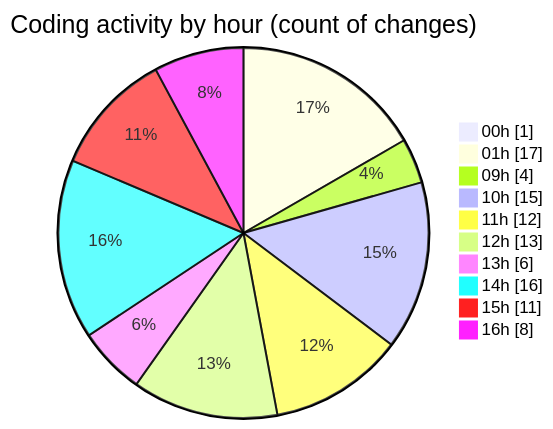
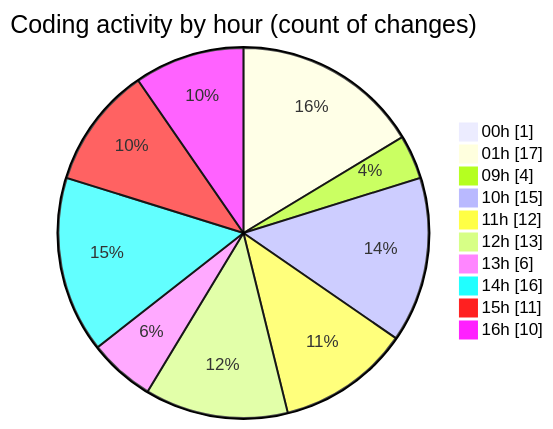
One commit to julien-gomy/code-tracking changed the second of 2 diagrams in 2025-11-01/cdp_aleoudev_fr__workspace_/README.md. Above: the diagram before and after it, drawn with Mermaid. The commit also changed other lines of this file and 1 other file, not shown here.

````diff
--- a/2025-11-01/cdp_aleoudev_fr__workspace_/README.md
+++ b/2025-11-01/cdp_aleoudev_fr__workspace_/README.md
@@ -43,14 +43,14 @@
 ```mermaid
 pie showData
 title Coding activity by hour (count of changes)
 "00h" : 1
 "01h" : 17
 "09h" : 4
 "10h" : 15
 "11h" : 12
 "12h" : 13
 "13h" : 6
 "14h" : 16
 "15h" : 11
-"16h" : 8
+"16h" : 10
 ```
````
